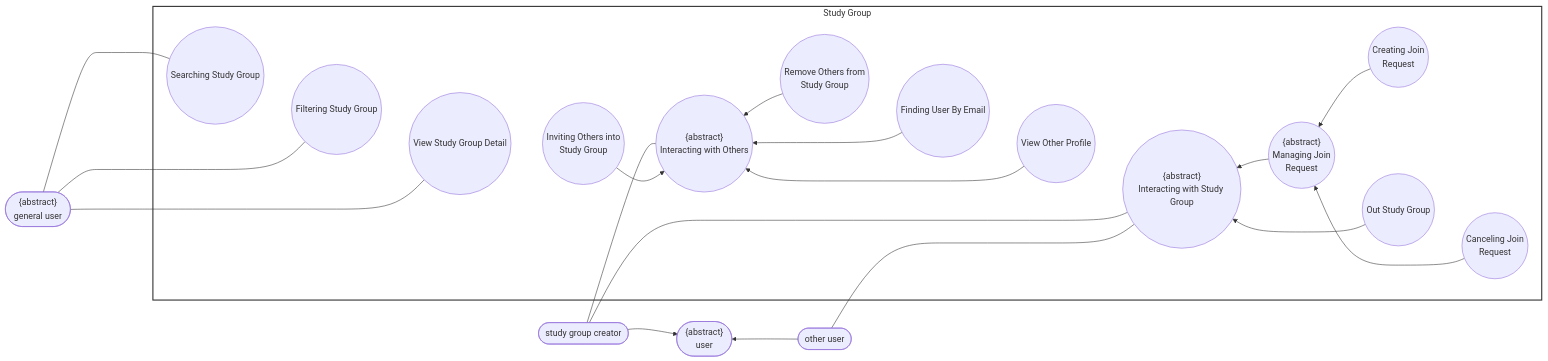
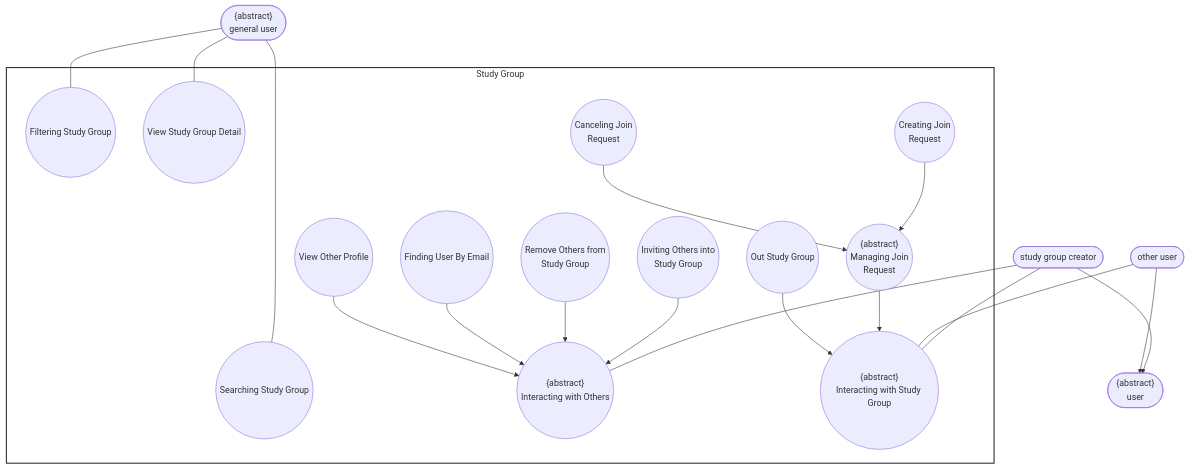
One commit to DuyNhat1705/AmeThyst-Library changed the sixth of 9 diagrams in docs/management/PA3/Use-CaseDiagram.md. Above: the diagram before and after it, drawn with Mermaid. The commit also changed other lines of this file and 56 other files, not shown here.

Commit message:
rename uc diagram file and uc spec file

````diff
--- a/docs/management/PA3/Use-CaseDiagram.md
+++ b/docs/management/PA3/Use-CaseDiagram.md
@@ -257,48 +270,36 @@
 ```mermaid
-flowchart LR
+flowchart TD
  subgraph StudyGroup["Study Group"]
         UC1(("Searching Study Group"))
         UC2(("Filtering Study Group"))
         UC3(("View Study Group Detail"))
         UC5(("Inviting Others into<br>Study Group"))
         UC4(("<center>{abstract}<br>Interacting with Others</center>"))
         UC6(("Remove Others from<br>Study Group"))
         UC7(("Finding User By Email"))
         UC8(("View Other Profile"))
         UC9(("<center>{abstract}<br>Interacting with Study Group</center>"))
         UC10(("<center>{abstract}<br>Managing Join<br>Request</center>"))
         UC11(("<center>Creating Join<br>Request</center>"))
         UC12(("<center>Canceling Join<br>Request</center>"))
         UC13(("Out Study Group"))
   end
     StudyGroupCreator(["study group creator"]) --> User(["<center>{abstract}<br>user</center>"])
     OtherUser(["other user"]) --> User
     GeneralUser(["<center>{abstract}<br>general user</center>"]) ~~~ StudyGroupCreator
     StudyGroupCreator ~~~ User
-    User ~~~ OtherUser
-    UC1 ~~~ UC2
-    UC2 ~~~ UC3
-    UC3 ~~~ UC5
-    UC5 ~~~ UC4
-    UC4 ~~~ UC6
-    UC6 ~~~ UC7
-    UC7 ~~~ UC8
-    UC8 ~~~ UC9
-    UC9 ~~~ UC10
-    UC10 ~~~ UC11 & UC13
-    UC11 ~~~ UC12
     GeneralUser ~~~~~ StudyGroup
     GeneralUser --- UC1 & UC2 & UC3
     StudyGroupCreator --- UC4 & UC9
     OtherUser --- UC9
     UC5 --> UC4
     UC6 --> UC4
     UC7 --> UC4
     UC8 --> UC4
     UC10 --> UC9
     UC13 --> UC9
     UC11 --> UC10
     UC12 --> UC10
 
     style StudyGroup fill:#fff,stroke:#333,stroke-width:2px
 ```
````
